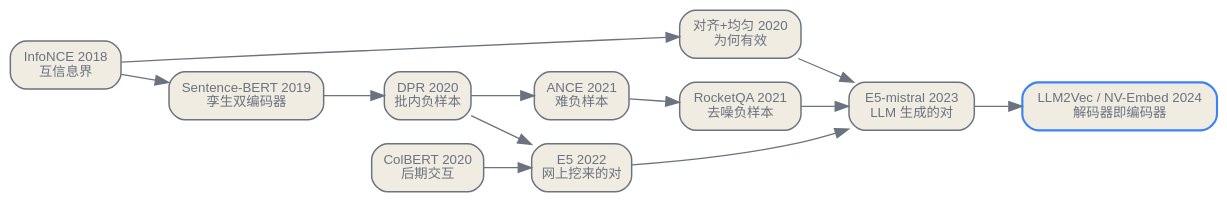
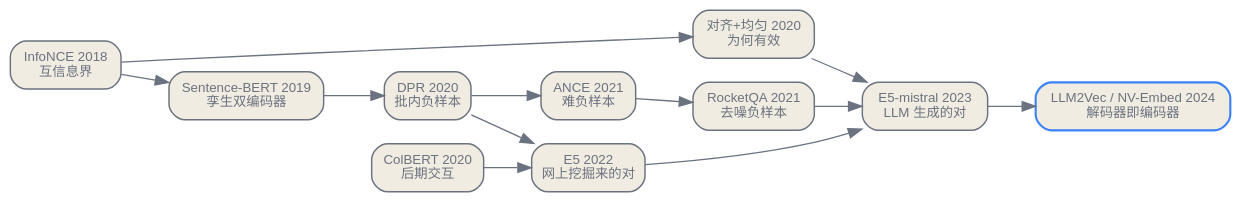
One commit to latere-ai/ai-as-an-infrastructure changed the second of 2 diagrams in zh/orchestration/07-embeddings-representation.qmd. Above: the diagram before and after it, drawn with Graphviz. The commit also changed other lines of this file and 9 other files, not shown here.

````diff
--- a/zh/orchestration/07-embeddings-representation.qmd
+++ b/zh/orchestration/07-embeddings-representation.qmd
@@ -193,32 +193,32 @@
 ```{dot}
 //| label: fig-embed-lineage
-//| fig-cap: "嵌入思想的谱系。一条理论线索（InfoNCE，再到对齐与均匀）解释了那个目标；一条架构线索定下查询与文档在何处交互；一条负样本线索磨利训练信号；而一条数据线索从孪生的句子对，穿过网上挖来的样本对，走到 LLM 生成的样本对与解码器即嵌入器，诸线索在此汇聚。"
+//| fig-cap: "嵌入思想的演化线索。一条理论线索（InfoNCE，再到对齐与均匀）解释了那个目标；一条架构线索定下查询与文档在何处交互；一条负样本线索磨利训练信号；而一条数据线索从孪生的句子对，穿过网上挖掘来的样本对，走到 LLM 生成的样本对与解码器即嵌入器，诸线索在此汇聚。"
 digraph lineage {
   rankdir=LR;
   bgcolor="transparent";
   node [shape=box, style="rounded,filled", fontname="Helvetica", fontsize=10, color="#6b7280", fontcolor="#6b7280", fillcolor="#f1ece1", penwidth=1.1];
   edge [fontname="Helvetica", fontsize=9, color="#6b7280", fontcolor="#6b7280"];
 
   cpc [label="InfoNCE 2018\n互信息界"];
   au [label="对齐+均匀 2020\n为何有效"];
 
   sbert [label="Sentence-BERT 2019\n孪生双编码器"];
   colbert [label="ColBERT 2020\n后期交互"];
 
   dpr [label="DPR 2020\n批内负样本"];
   ance [label="ANCE 2021\n难负样本"];
   rocketqa [label="RocketQA 2021\n去噪负样本"];
 
-  e5 [label="E5 2022\n网上挖来的对"];
+  e5 [label="E5 2022\n网上挖掘来的对"];
   e5m [label="E5-mistral 2023\nLLM 生成的对"];
   llm2vec [label="LLM2Vec / NV-Embed 2024\n解码器即编码器", color="#3b82f6", penwidth=1.6];
 
   cpc -> au;
   sbert -> dpr -> ance -> rocketqa;
   cpc -> sbert;
   dpr -> e5 -> e5m -> llm2vec;
   au -> e5m;
   colbert -> e5;
   rocketqa -> e5m;
 }
 ```
````
